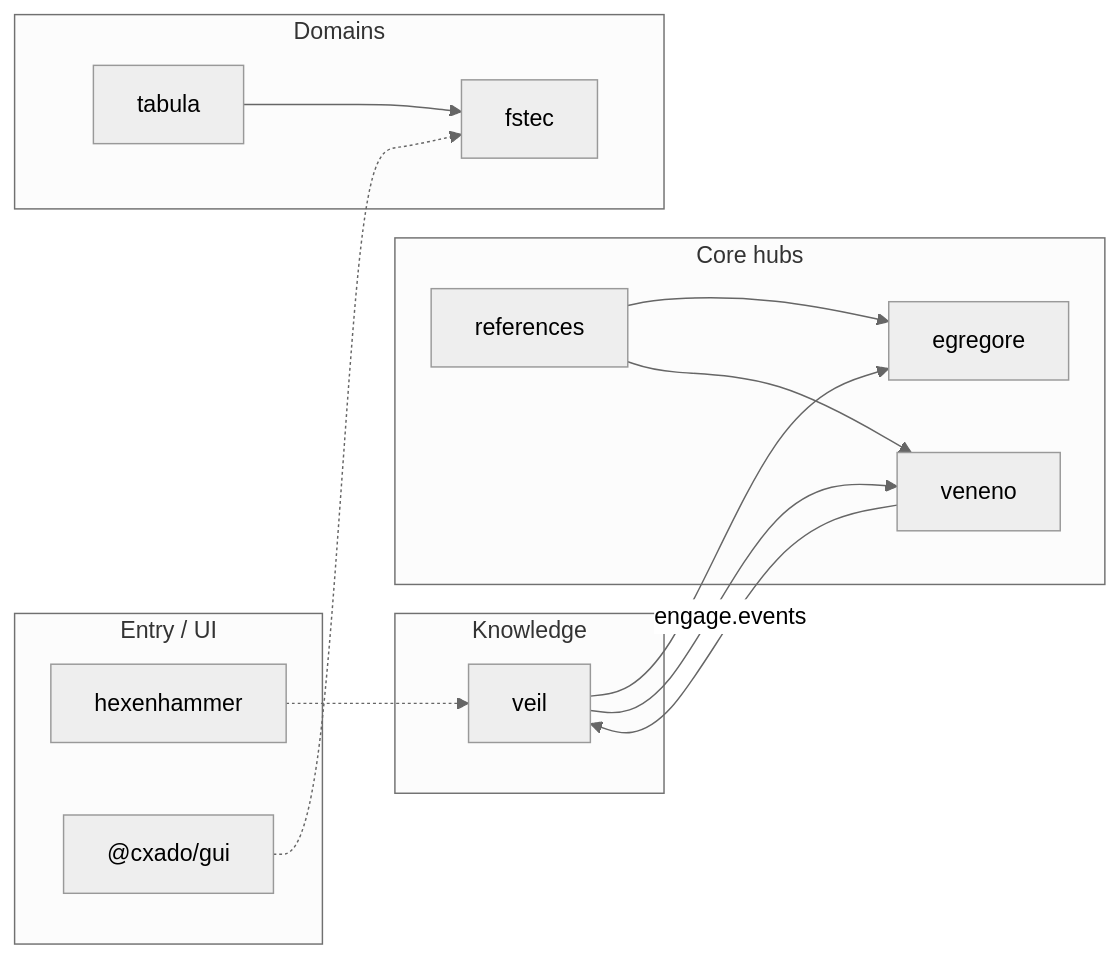
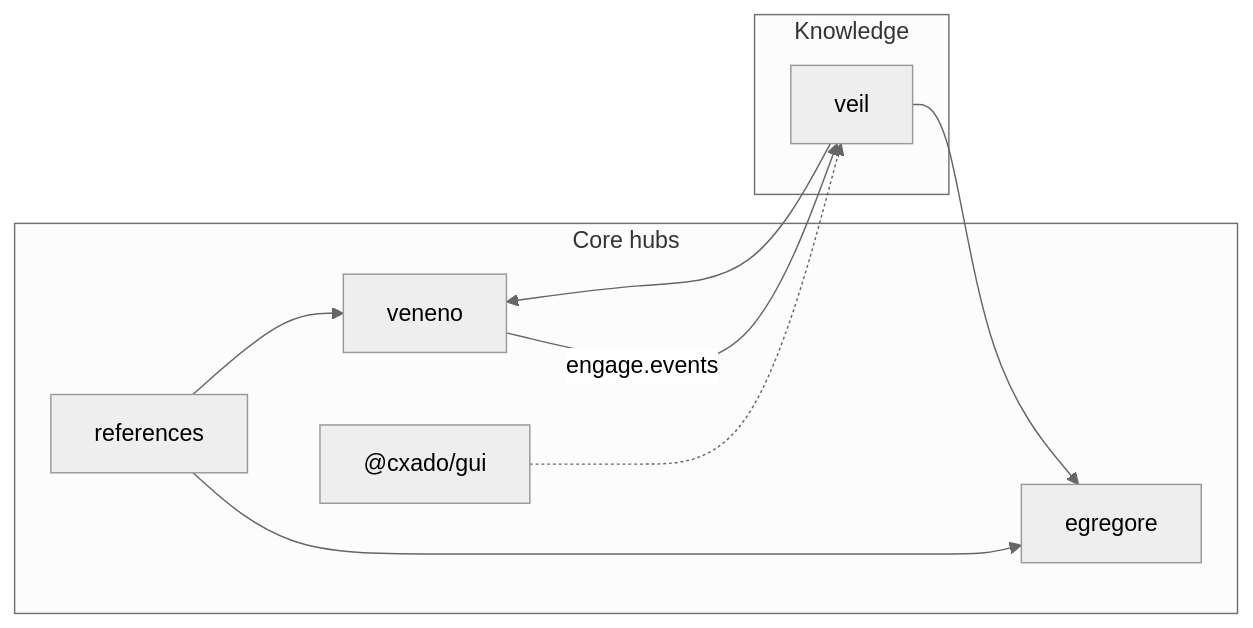
Before and after one commit to butbeautifulv/cxado: the diagram in README.md, drawn with Mermaid (neutral theme). The commit also changed other lines of this file and 249 other files, not shown here.

````diff
--- a/README.md
+++ b/README.md
@@ -50,31 +50,20 @@
 ```mermaid
 flowchart LR
-  subgraph entry [Entry / UI]
-    HEX[hexenhammer]
-    GUI["@cxado/gui"]
-  end
-
   subgraph core [Core hubs]
     EGG[egregore]
     VEN[veneno]
     REF[references]
+    GUI["@cxado/gui"]
   end
 
   subgraph knowledge [Knowledge]
     VEIL[veil]
   end
 
-  subgraph domains [Domains]
-    TAB[tabula]
-    FST[fstec]
-  end
-
   VEN -->|engage.events| VEIL
   VEIL --> EGG
   VEIL --> VEN
-  TAB --> FST
-  GUI -.-> FST
-  HEX -.-> VEIL
+  GUI -.-> VEIL
   REF --> EGG
   REF --> VEN
 ```
````
